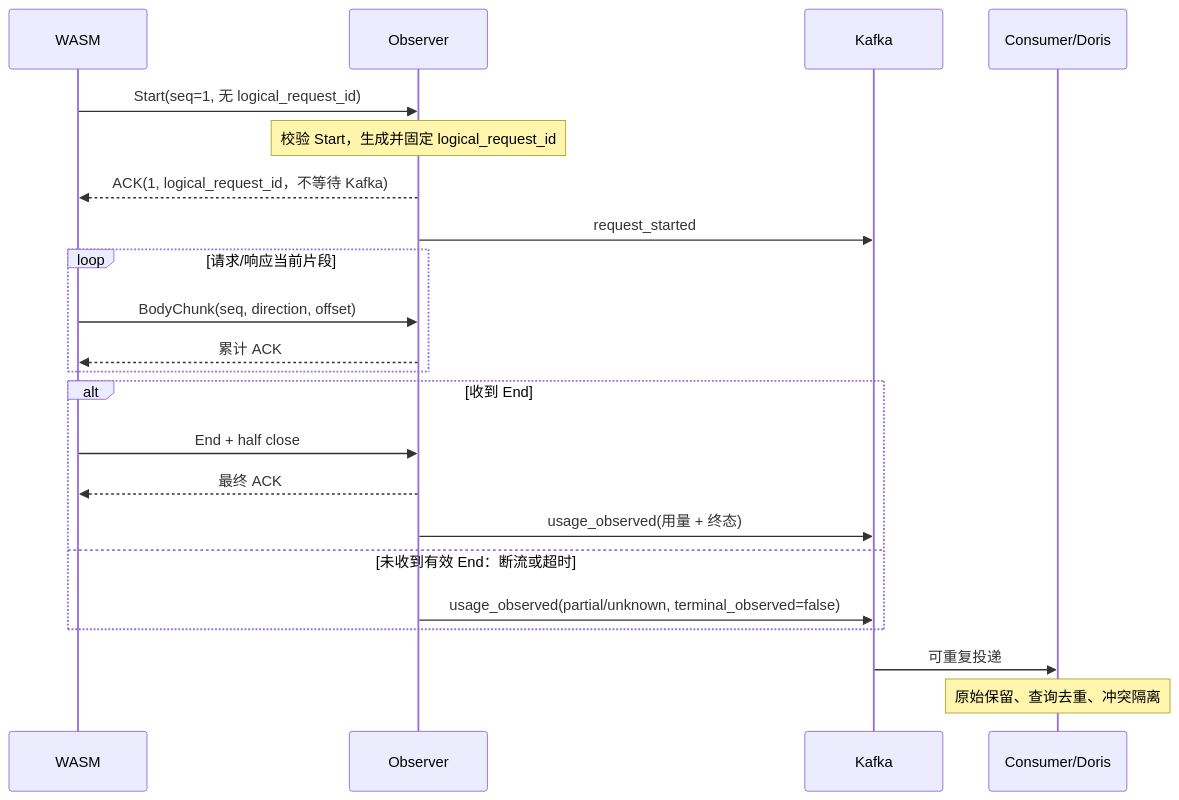
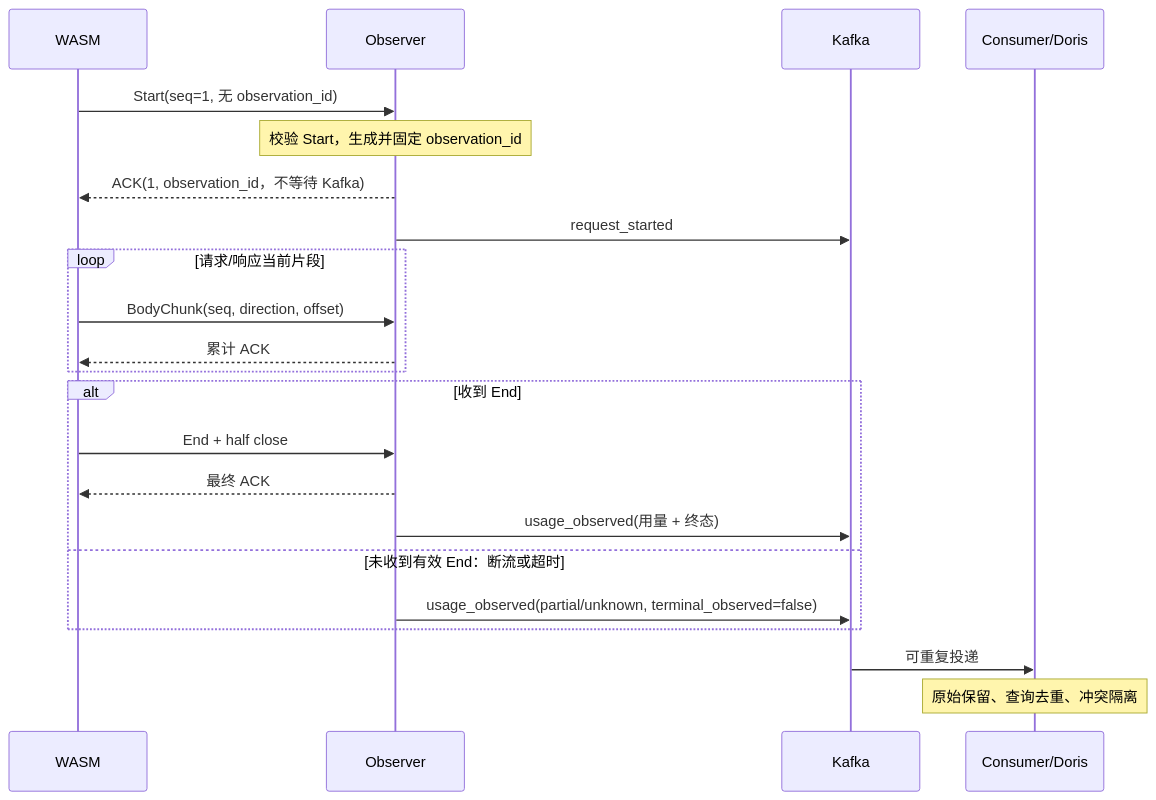
The second of 2 diagrams in docs/gateway-request-collection-implementation.md (Fangyan33/llm-token-stats), drawn with Mermaid before and after one commit. The commit also changed other lines of this file and 69 other files, not shown here.

````diff
--- a/docs/gateway-request-collection-implementation.md
+++ b/docs/gateway-request-collection-implementation.md
@@ -464,24 +443,24 @@
 ```mermaid
 sequenceDiagram
     participant W as WASM
     participant O as Observer
     participant K as Kafka
     participant D as Consumer/Doris
-    W->>O: Start(seq=1, 无 logical_request_id)
-    Note over O: 校验 Start，生成并固定 logical_request_id
-    O-->>W: ACK(1, logical_request_id，不等待 Kafka)
+    W->>O: Start(seq=1, 无 observation_id)
+    Note over O: 校验 Start，生成并固定 observation_id
+    O-->>W: ACK(1, observation_id，不等待 Kafka)
     O->>K: request_started
     loop 请求/响应当前片段
         W->>O: BodyChunk(seq, direction, offset)
         O-->>W: 累计 ACK
     end
     alt 收到 End
         W->>O: End + half close
         O-->>W: 最终 ACK
         O->>K: usage_observed(用量 + 终态)
     else 未收到有效 End：断流或超时
         O->>K: usage_observed(partial/unknown, terminal_observed=false)
     end
     K->>D: 可重复投递
     Note over D: 原始保留、查询去重、冲突隔离
 ```
````
